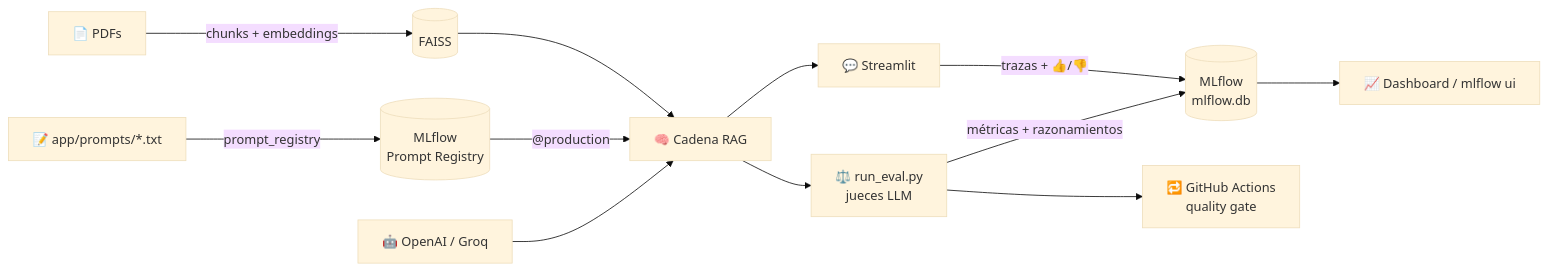
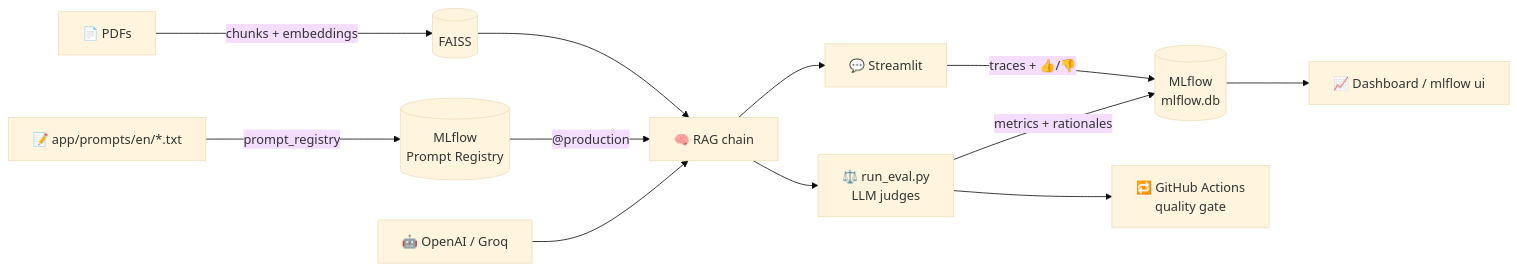
The first of 2 diagrams in README.md (darkanita/GenAIOps_Pycon2025), drawn with Mermaid (base theme) before and after one commit. The commit also changed other lines of this file and 48 other files, not shown here.

````diff
--- a/README.md
+++ b/README.md
@@ -38,14 +43,14 @@
 ```mermaid
 flowchart LR
     PDF[📄 PDFs] -->|"chunks + embeddings"| IDX[(FAISS)]
-    TXT[📝 app/prompts/*.txt] -->|"prompt_registry"| PR[(MLflow<br/>Prompt Registry)]
-    IDX --> RAG[🧠 Cadena RAG]
+    TXT[📝 app/prompts/en/*.txt] -->|"prompt_registry"| PR[(MLflow<br/>Prompt Registry)]
+    IDX --> RAG[🧠 RAG chain]
     PR -->|"@production"| RAG
     LLM[🤖 OpenAI / Groq] --> RAG
     RAG --> UI[💬 Streamlit]
-    RAG --> EV[⚖️ run_eval.py<br/>jueces LLM]
-    UI -->|"trazas + 👍/👎"| ML[(MLflow<br/>mlflow.db)]
-    EV -->|"métricas + razonamientos"| ML
+    RAG --> EV[⚖️ run_eval.py<br/>LLM judges]
+    UI -->|"traces + 👍/👎"| ML[(MLflow<br/>mlflow.db)]
+    EV -->|"metrics + rationales"| ML
     ML --> DASH[📈 Dashboard / mlflow ui]
     EV --> CI[🔁 GitHub Actions<br/>quality gate]
 ```
````
